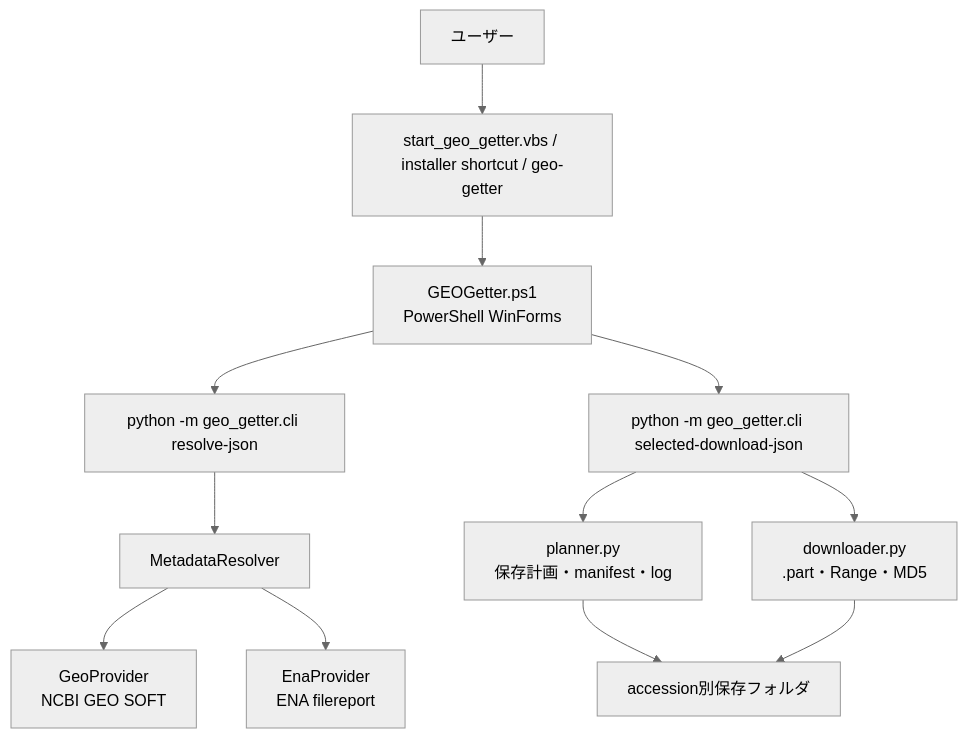
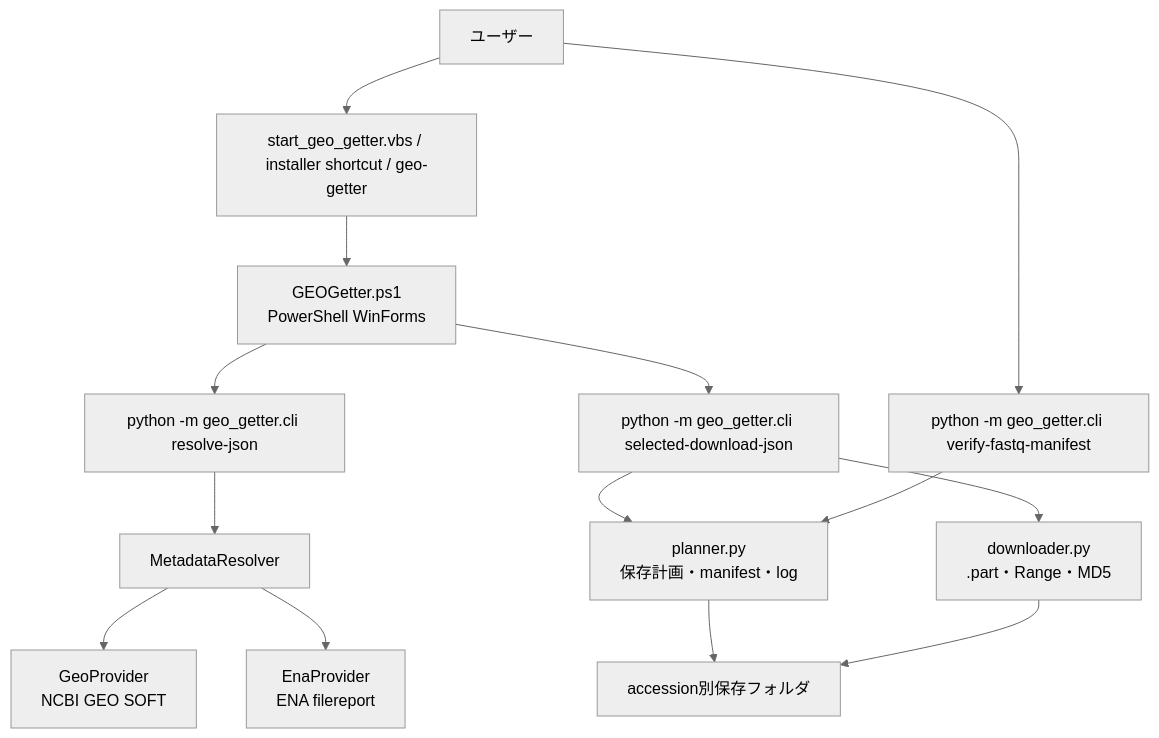
The diagram in docs/ARCHITECTURE.md (K81ta/geo-getter), drawn with Mermaid (neutral theme) before and after one commit. The commit also changed other lines of this file and 5 other files, not shown here.

Commit message:
Harden FASTQ manifest verification

````diff
--- a/docs/ARCHITECTURE.md
+++ b/docs/ARCHITECTURE.md
@@ -17,14 +17,16 @@
 ```mermaid
 flowchart TD
     User["ユーザー"] --> Launcher["start_geo_getter.vbs / installer shortcut / geo-getter"]
     Launcher --> GUI["GEOGetter.ps1\nPowerShell WinForms"]
     GUI --> ResolveCLI["python -m geo_getter.cli resolve-json"]
     GUI --> DownloadCLI["python -m geo_getter.cli selected-download-json"]
+    User --> VerifyCLI["python -m geo_getter.cli verify-fastq-manifest"]
     ResolveCLI --> Resolver["MetadataResolver"]
     Resolver --> GEO["GeoProvider\nNCBI GEO SOFT"]
     Resolver --> ENA["EnaProvider\nENA filereport"]
     DownloadCLI --> Planner["planner.py\n保存計画・manifest・log"]
+    VerifyCLI --> Planner
     DownloadCLI --> Downloader["downloader.py\n.part・Range・MD5"]
     Planner --> Output["accession別保存フォルダ"]
     Downloader --> Output
 ```
````
